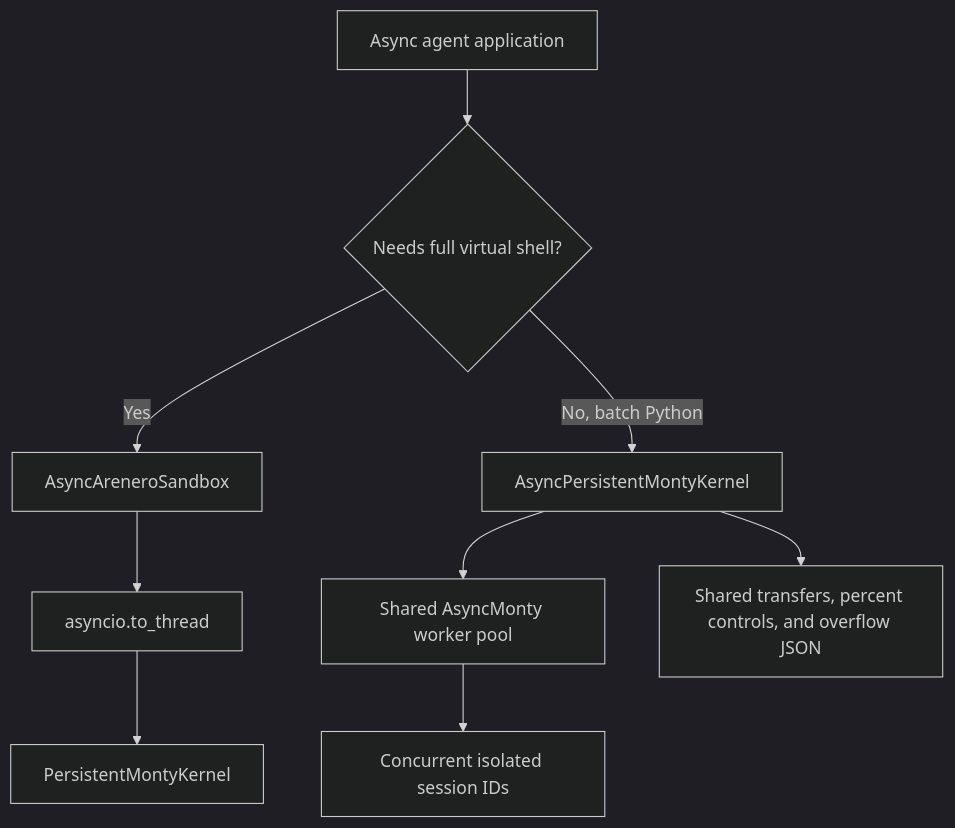
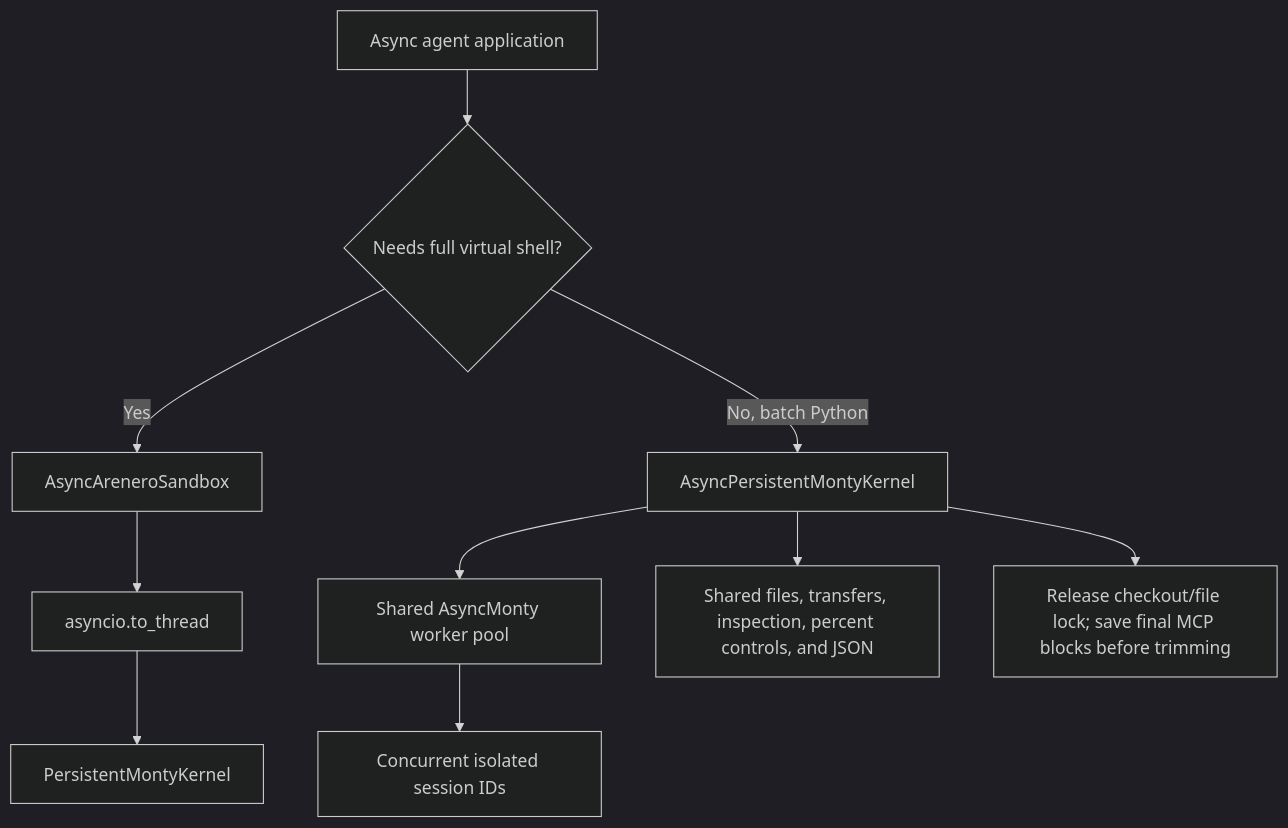
The fourth of 6 diagrams in docs/design-decisions.md (sgaseretto/arenero), drawn with Mermaid (dark theme) before and after one commit. The commit also changed other lines of this file and 28 other files, not shown here.

````diff
--- a/docs/design-decisions.md
+++ b/docs/design-decisions.md
@@ -208,11 +209,12 @@
 ```mermaid
 flowchart TB
     AsyncApp["Async agent application"] --> Choice{"Needs full virtual shell?"}
     Choice -->|Yes| Facade["AsyncAreneroSandbox"]
     Facade --> Threads["asyncio.to_thread"]
     Threads --> Sync["PersistentMontyKernel"]
     Choice -->|No, batch Python| Native["AsyncPersistentMontyKernel"]
     Native --> Pool["Shared AsyncMonty worker pool"]
     Pool --> Sessions["Concurrent isolated session IDs"]
-    Native --> Utilities["Shared transfers, percent controls, and overflow JSON"]
+    Native --> Utilities["Shared files, transfers, inspection, percent controls, and JSON"]
+    Native --> Artifacts["Release checkout/file lock; save final MCP blocks before trimming"]
 ```
````
